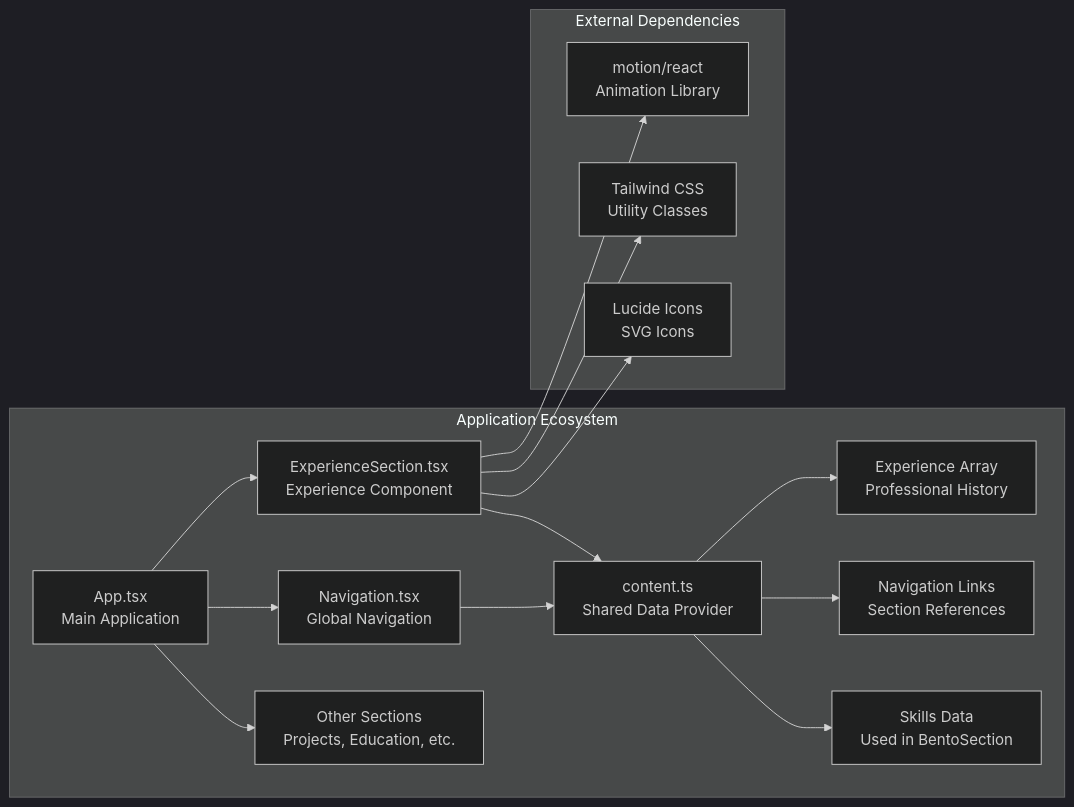
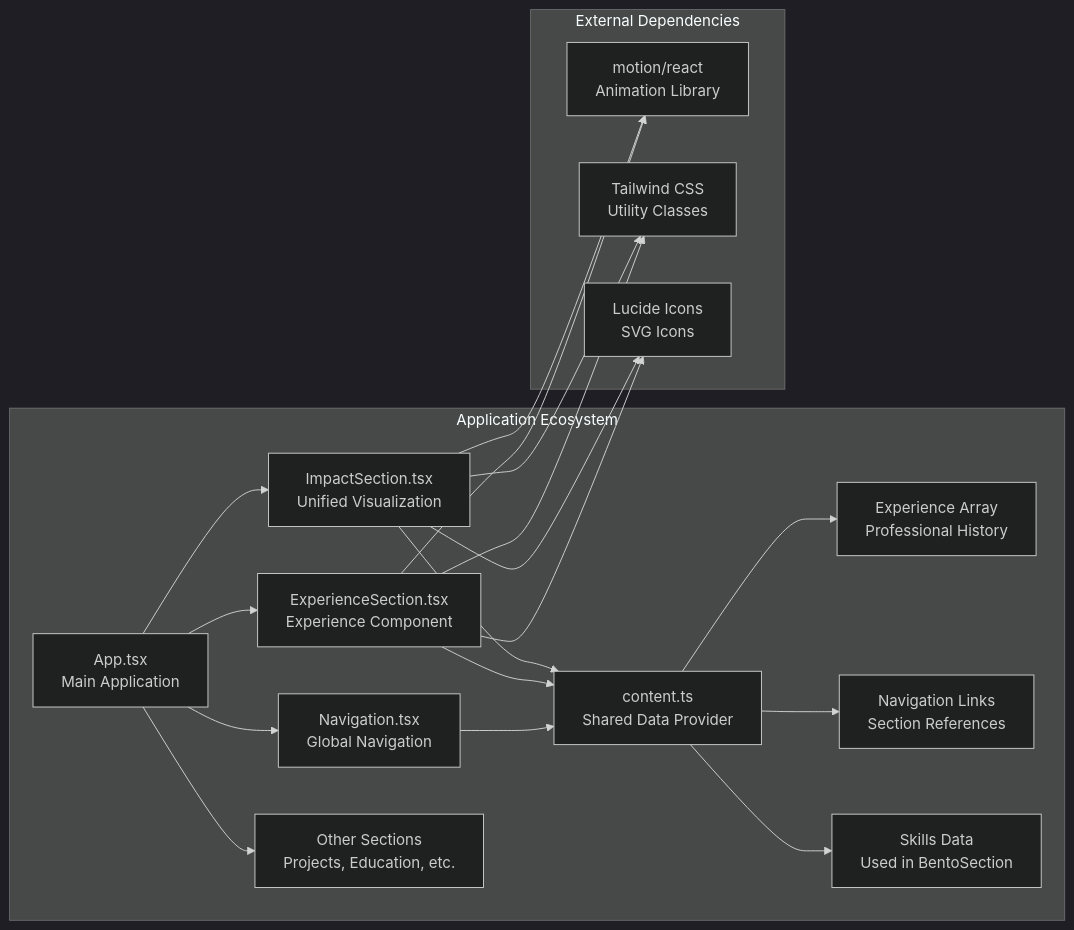
One commit to subash7781/Portfolio changed the sixth of 6 diagrams in .qoder/repowiki/en/content/Component Library & UI Elements/ExperienceSection Component.md. Above: the diagram before and after it, drawn with Mermaid (dark theme). The commit also changed other lines of this file and 8 other files, not shown here.

````diff
--- a/.qoder/repowiki/en/content/Component Library & UI Elements/ExperienceSection Component.md
+++ b/.qoder/repowiki/en/content/Component Library & UI Elements/ExperienceSection Component.md
@@ -241,21 +248,26 @@
 ```mermaid
 graph LR
 subgraph "Application Ecosystem"
 App["App.tsx<br/>Main Application"] --> Navigation["Navigation.tsx<br/>Global Navigation"]
 App --> ExperienceSection["ExperienceSection.tsx<br/>Experience Component"]
+App --> ImpactSection["ImpactSection.tsx<br/>Unified Visualization"]
 App --> OtherSections["Other Sections<br/>Projects, Education, etc."]
 Navigation --> Content["content.ts<br/>Shared Data Provider"]
 ExperienceSection --> Content
+ImpactSection --> Content
 Content --> ExperienceData["Experience Array<br/>Professional History"]
 Content --> NavLinks["Navigation Links<br/>Section References"]
 Content --> Skills["Skills Data<br/>Used in BentoSection"]
 end
 subgraph "External Dependencies"
 MotionLib["motion/react<br/>Animation Library"]
 TailwindCSS["Tailwind CSS<br/>Utility Classes"]
 LucideIcons["Lucide Icons<br/>SVG Icons"]
 end
 ExperienceSection --> MotionLib
 ExperienceSection --> TailwindCSS
 ExperienceSection --> LucideIcons
+ImpactSection --> MotionLib
+ImpactSection --> TailwindCSS
+ImpactSection --> LucideIcons
 ```
````
